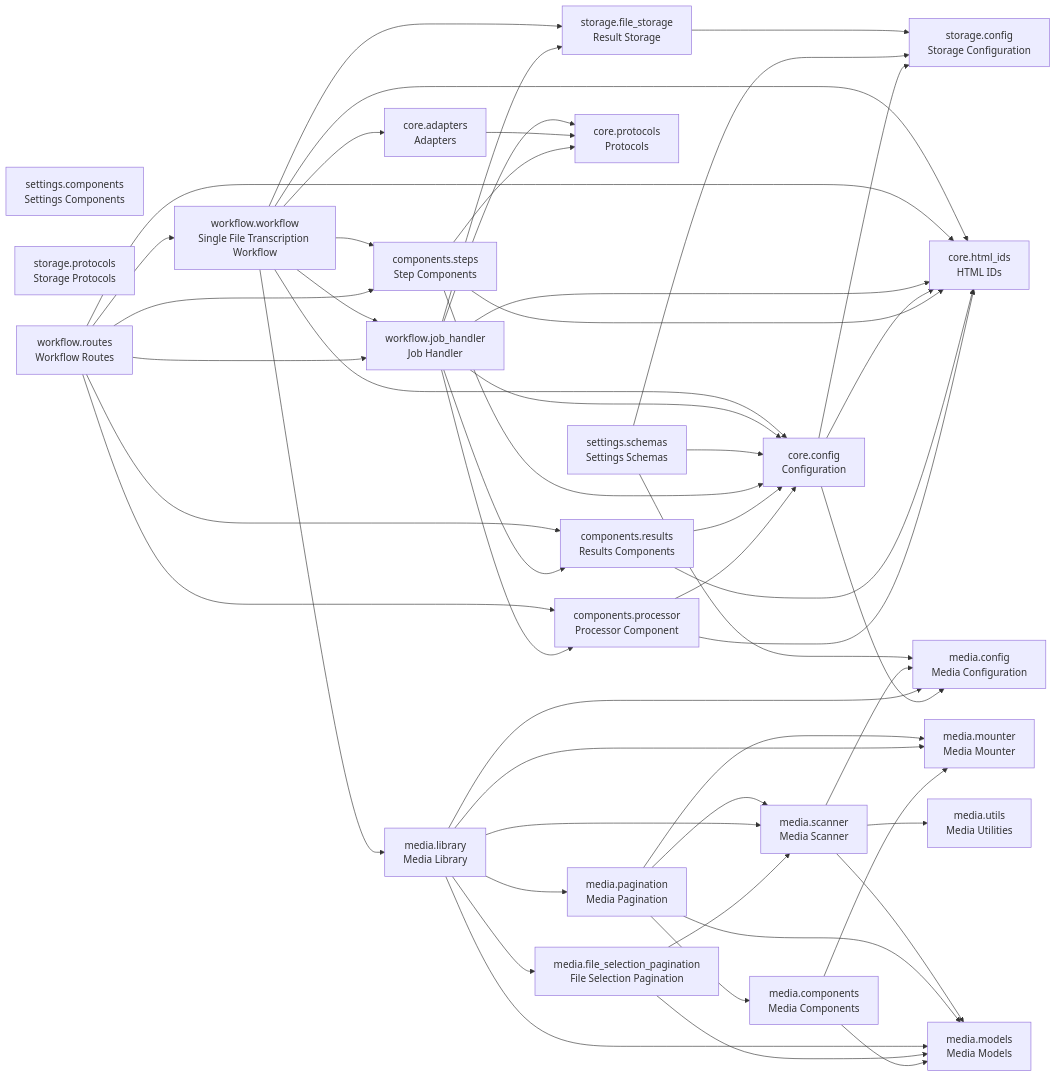
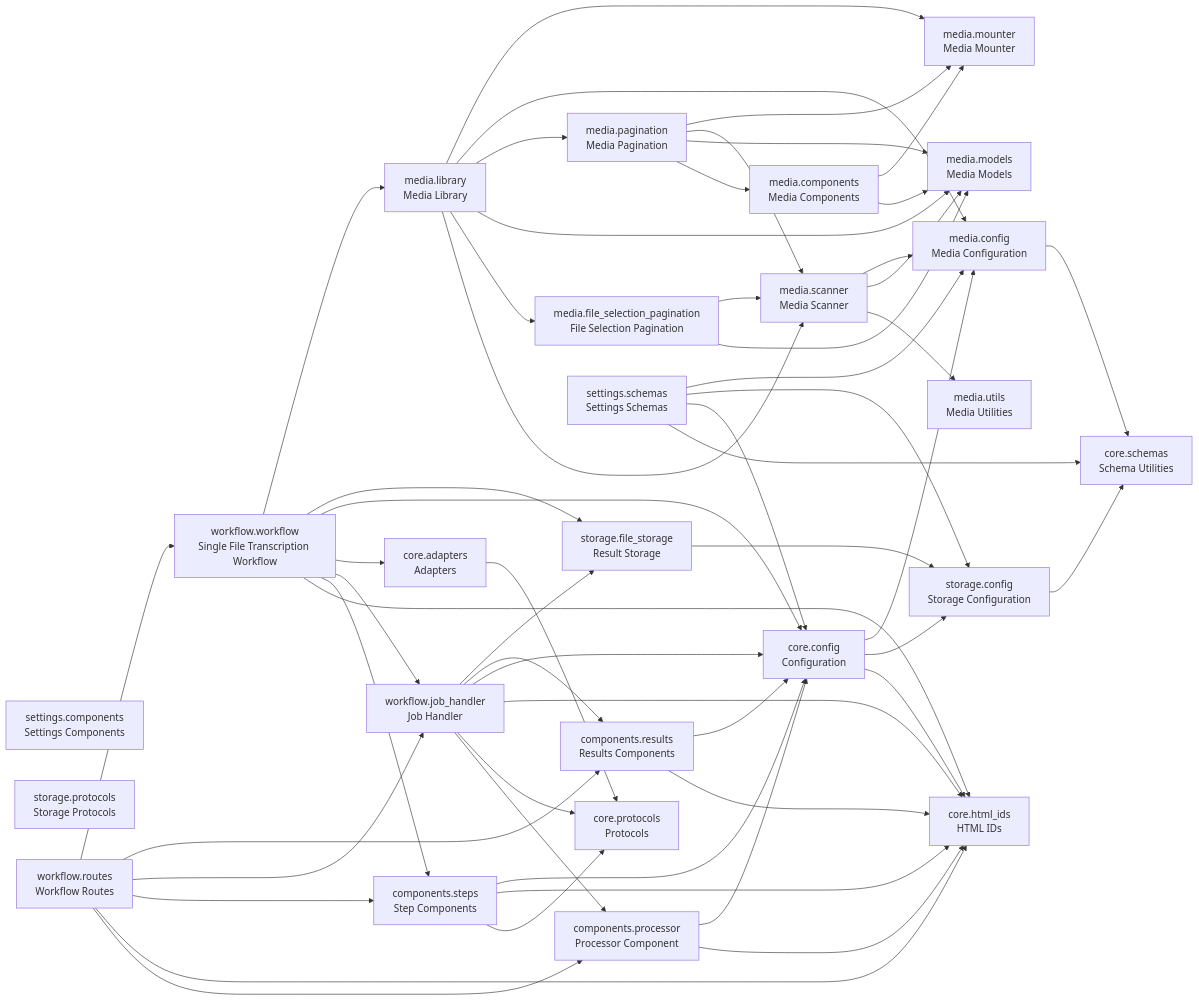
The diagram in README.md (cj-mills/cjm-fasthtml-workflow-transcription-single-file), drawn with Mermaid before and after one commit. The commit also changed other lines of this file and 10 other files, not shown here.

Commit message:
Extract schema utilities to core/schemas module and unify MediaConfig/StorageConfig to use field metadata with auto-generated JSON schemas.

````diff
--- a/README.md
+++ b/README.md
@@ -56,6 +57,7 @@
     core_config[core.config<br/>Configuration]
     core_html_ids[core.html_ids<br/>HTML IDs]
     core_protocols[core.protocols<br/>Protocols]
+    core_schemas[core.schemas<br/>Schema Utilities]
     media_components[media.components<br/>Media Components]
     media_config[media.config<br/>Media Configuration]
     media_file_selection_pagination[media.file_selection_pagination<br/>File Selection Pagination]
@@ -74,55 +76,58 @@
     workflow_routes[workflow.routes<br/>Workflow Routes]
     workflow_workflow[workflow.workflow<br/>Single File Transcription Workflow]
 
+    components_processor --> core_html_ids
     components_processor --> core_config
-    components_processor --> core_html_ids
+    components_results --> core_html_ids
     components_results --> core_config
-    components_results --> core_html_ids
-    components_steps --> core_config
     components_steps --> core_protocols
     components_steps --> core_html_ids
+    components_steps --> core_config
     core_adapters --> core_protocols
+    core_config --> core_html_ids
     core_config --> storage_config
     core_config --> media_config
-    core_config --> core_html_ids
+    media_components --> media_models
     media_components --> media_mounter
-    media_components --> media_models
+    media_config --> core_schemas
+    media_file_selection_pagination --> media_models
     media_file_selection_pagination --> media_scanner
-    media_file_selection_pagination --> media_models
+    media_library --> media_scanner
+    media_library --> media_file_selection_pagination
+    media_library --> media_models
     media_library --> media_pagination
-    media_library --> media_scanner
-    media_library --> media_models
     media_library --> media_config
     media_library --> media_mounter
-    media_library --> media_file_selection_pagination
-    media_pagination --> media_scanner
     media_pagination --> media_components
     media_pagination --> media_models
+    media_pagination --> media_scanner
     media_pagination --> media_mounter
     media_scanner --> media_utils
     media_scanner --> media_models
     media_scanner --> media_config
+    settings_schemas --> core_schemas
+    settings_schemas --> core_config
     settings_schemas --> storage_config
-    settings_schemas --> core_config
     settings_schemas --> media_config
+    storage_config --> core_schemas
     storage_file_storage --> storage_config
-    workflow_job_handler --> components_results
-    workflow_job_handler --> core_config
-    workflow_job_handler --> storage_file_storage
     workflow_job_handler --> components_processor
     workflow_job_handler --> core_protocols
     workflow_job_handler --> core_html_ids
+    workflow_job_handler --> core_config
+    workflow_job_handler --> components_results
+    workflow_job_handler --> storage_file_storage
+    workflow_routes --> components_processor
+    workflow_routes --> core_html_ids
+    workflow_routes --> components_steps
     workflow_routes --> workflow_job_handler
     workflow_routes --> components_results
-    workflow_routes --> components_processor
     workflow_routes --> workflow_workflow
-    workflow_routes --> core_html_ids
-    workflow_routes --> components_steps
-    workflow_workflow --> core_config
-    workflow_workflow --> core_adapters
+    workflow_workflow --> core_html_ids
     workflow_workflow --> components_steps
     workflow_workflow --> workflow_job_handler
-    workflow_workflow --> core_html_ids
+    workflow_workflow --> core_adapters
+    workflow_workflow --> core_config
+    workflow_workflow --> storage_file_storage
     workflow_workflow --> media_library
-    workflow_workflow --> storage_file_storage
 ```
````
